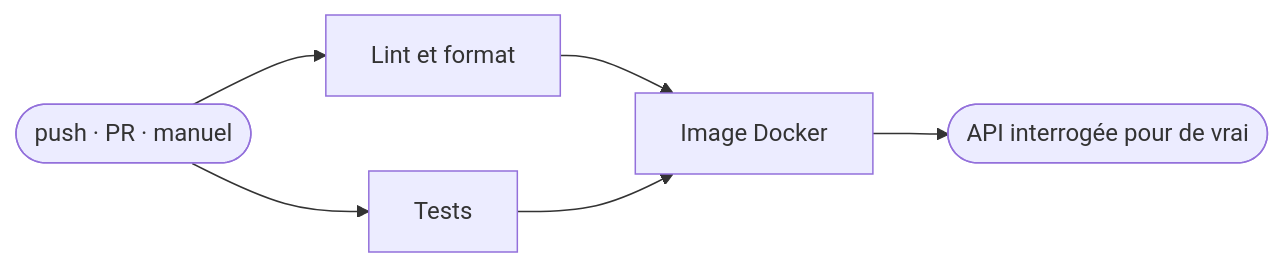
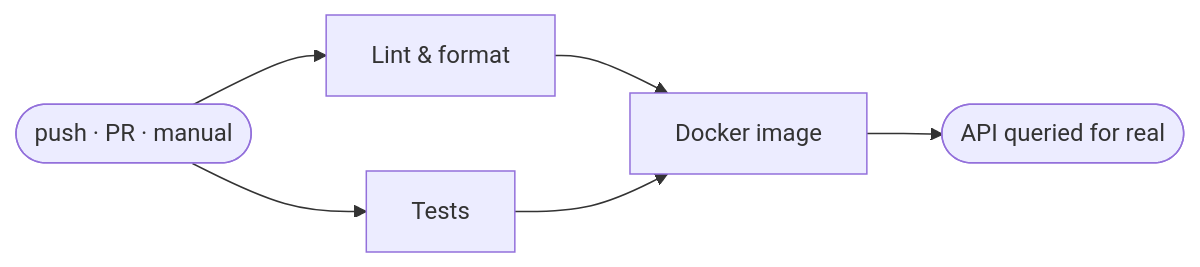
The second of 2 diagrams in README.md (KL38/OC_P12_ML_MLOPS_Predict-Crops-rentability), drawn with Mermaid before and after one commit. The commit also changed other lines of this file and 6 other files, not shown here.

````diff
--- a/README.md
+++ b/README.md
@@ -197,8 +342,8 @@
 ```mermaid
 flowchart LR
-    P(["push · PR · manuel"]) --> L["Lint et format"]
+    P(["push · PR · manual"]) --> L["Lint & format"]
     P --> T["Tests"]
-    L --> B["Image Docker"]
+    L --> B["Docker image"]
     T --> B
-    B --> V(["API interrogée pour de vrai"])
+    B --> V(["API queried for real"])
 ```
````
